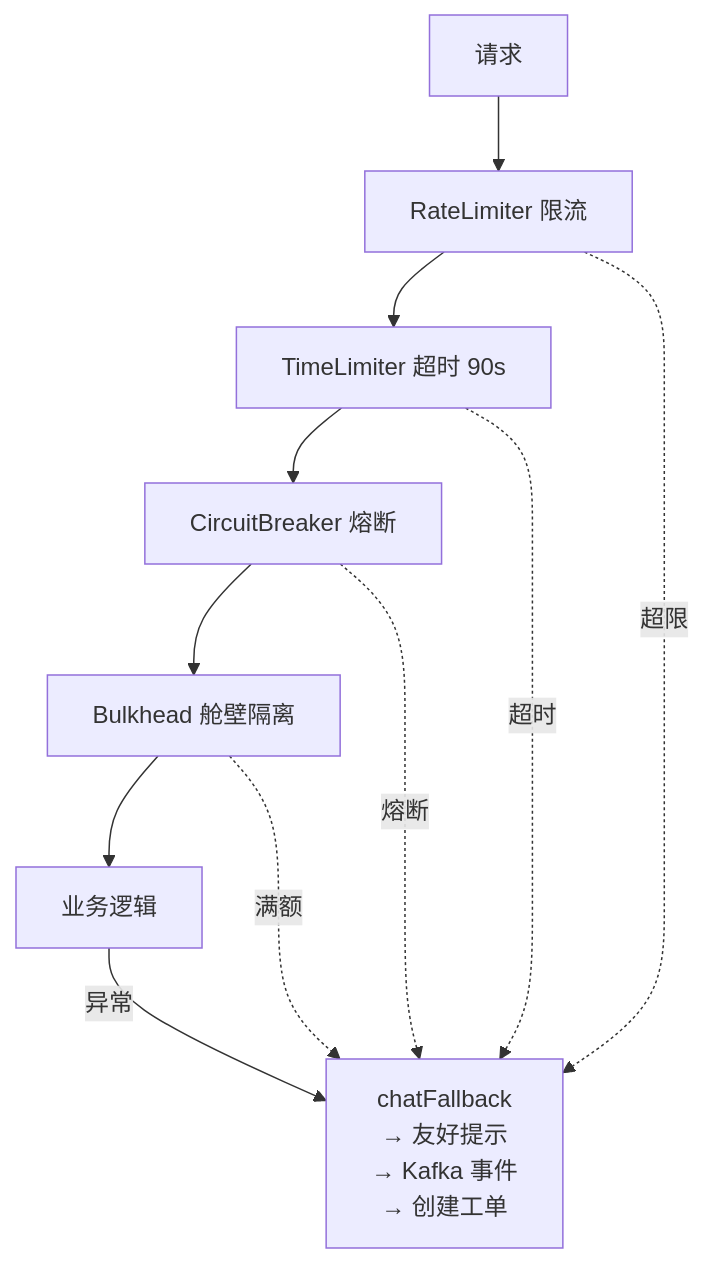
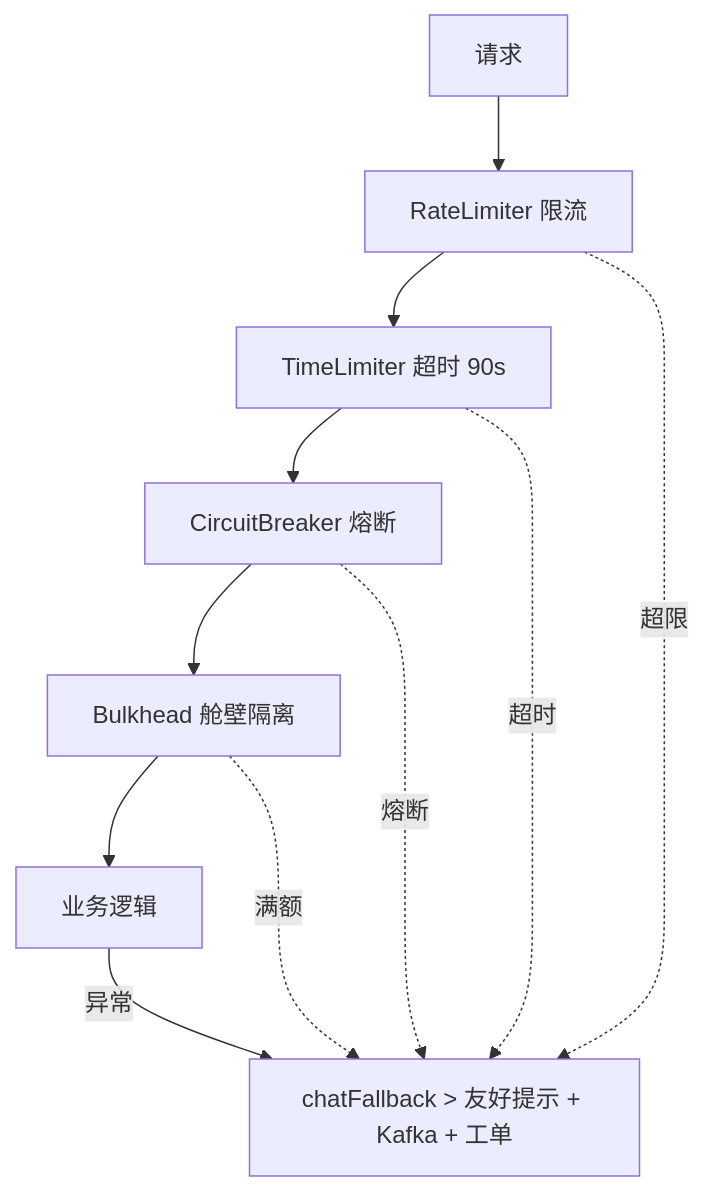
The sixth of 6 diagrams in README.md (zhenkunwen/customer-service), drawn with Mermaid before and after one commit. The commit also changed other lines of this file, not shown here.

First line of the commit message:
fix: escape special chars in Mermaid diagrams for GitHub rendering

````diff
--- a/README.md
+++ b/README.md
@@ -169,15 +215,15 @@
 ```mermaid
 flowchart TB
-    Req[请求] --> RL[RateLimiter 限流]
-    RL --> TL[TimeLimiter 超时 90s]
-    TL --> CB[CircuitBreaker 熔断]
-    CB --> BH[Bulkhead 舱壁隔离]
-    BH --> Biz[业务逻辑]
+    Req["请求"] --> RL["RateLimiter 限流"]
+    RL --> TL["TimeLimiter 超时 90s"]
+    TL --> CB["CircuitBreaker 熔断"]
+    CB --> BH["Bulkhead 舱壁隔离"]
+    BH --> Biz["业务逻辑"]
     
-    Biz -->|异常| Fallback[chatFallback<br/>→ 友好提示<br/>→ Kafka 事件<br/>→ 创建工单]
+    Biz -->|"异常"| Fallback["chatFallback > 友好提示 + Kafka + 工单"]
     
-    RL -.->|超限| Fallback
-    TL -.->|超时| Fallback
-    CB -.->|熔断| Fallback
-    BH -.->|满额| Fallback
+    RL -.->|"超限"| Fallback
+    TL -.->|"超时"| Fallback
+    CB -.->|"熔断"| Fallback
+    BH -.->|"满额"| Fallback
 ```
````
